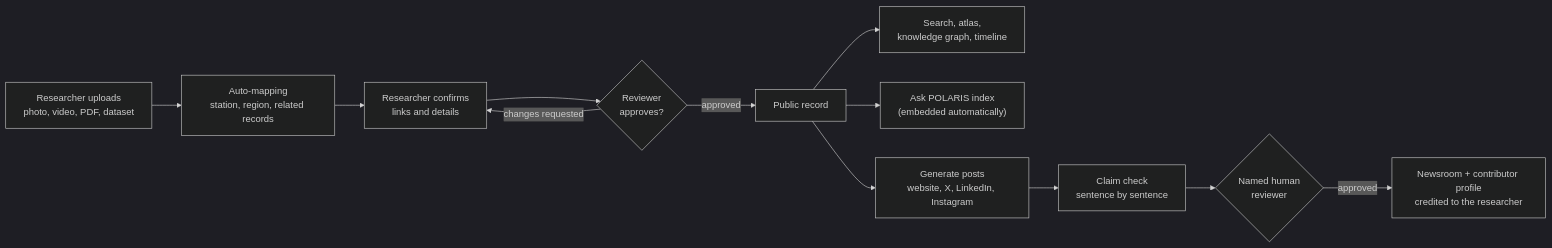
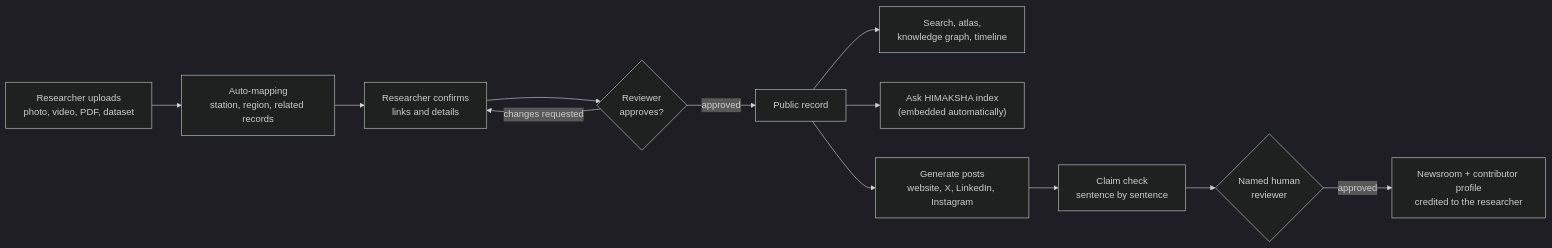
The first of 3 diagrams in README.md (ScholarlyAdeeb/POLARIS), drawn with Mermaid (dark theme) before and after one commit. The commit also changed other lines of this file and 52 other files, not shown here.

First line of the commit message:
Rename to HIMAKSHA (codename POLARIS)

````diff
--- a/README.md
+++ b/README.md
@@ -85,14 +87,14 @@
 ```mermaid
 flowchart LR
     U["Researcher uploads<br/>photo, video, PDF, dataset"] --> M["Auto-mapping<br/>station, region, related records"]
     M --> C["Researcher confirms<br/>links and details"]
     C --> R{"Reviewer<br/>approves?"}
     R -- changes requested --> C
     R -- approved --> P["Public record"]
     P --> S["Search, atlas,<br/>knowledge graph, timeline"]
-    P --> A["Ask POLARIS index<br/>(embedded automatically)"]
+    P --> A["Ask HIMAKSHA index<br/>(embedded automatically)"]
     P --> G["Generate posts<br/>website, X, LinkedIn, Instagram"]
     G --> F["Claim check<br/>sentence by sentence"]
     F --> H{"Named human<br/>reviewer"}
     H -- approved --> N["Newsroom + contributor profile<br/>credited to the researcher"]
 ```
````
